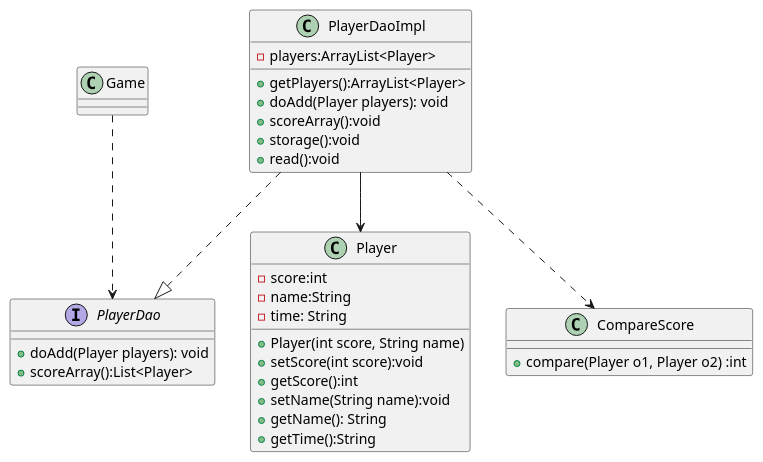
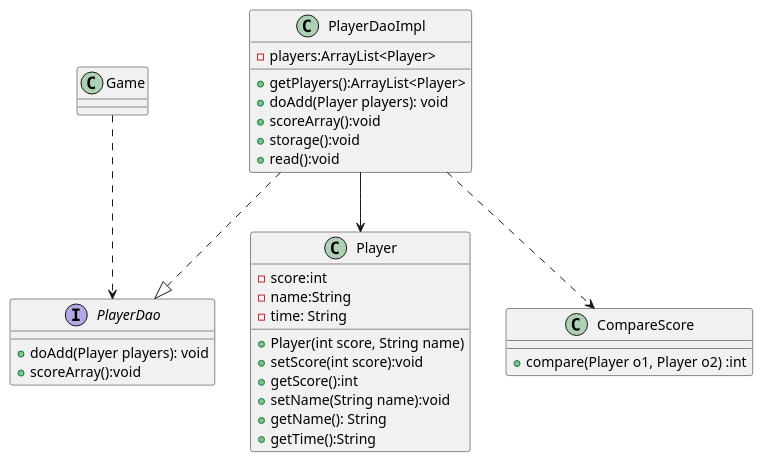
One commit to TheRoad-1210/AircraftWar changed the diagram in uml/DAO.puml. Above: the diagram before and after it, drawn with PlantUML. The commit also changed 2 other files, not shown here.

```diff
--- a/uml/DAO.puml
+++ b/uml/DAO.puml
@@ -1,41 +1,41 @@
 @startuml
 'https://plantuml.com/class-diagram
 Game..>PlayerDao
 PlayerDaoImpl ..|>PlayerDao
 PlayerDaoImpl-->Player
 PlayerDaoImpl..>CompareScore
 
 
 class Game
 
 class Player{
     -score:int
     -name:String
     -time: String
     +Player(int score, String name)
     +setScore(int score):void
     +getScore():int
     +setName(String name):void
     +getName(): String
     +getTime():String
 
 }
 interface PlayerDao{
     +doAdd(Player players): void
-    +scoreArray():List<Player>
+    +scoreArray():void
 }
 class PlayerDaoImpl{
     +getPlayers():ArrayList<Player>
     -players:ArrayList<Player>
     +doAdd(Player players): void
     +scoreArray():void
     +storage():void
     +read():void
 }
 
 class CompareScore{
     +compare(Player o1, Player o2) :int
 
 }
 
 @enduml
```
